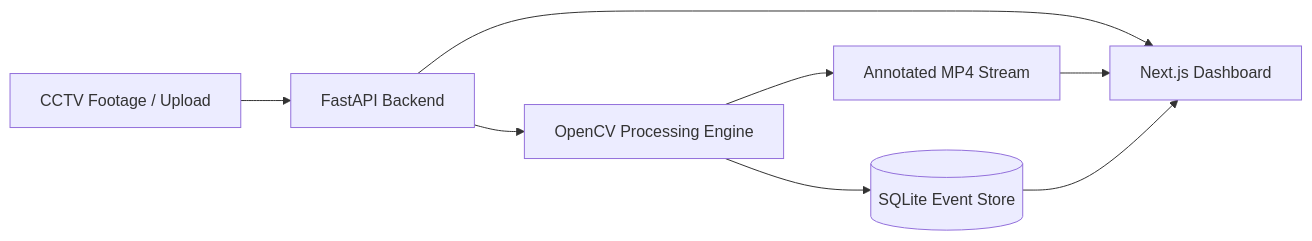
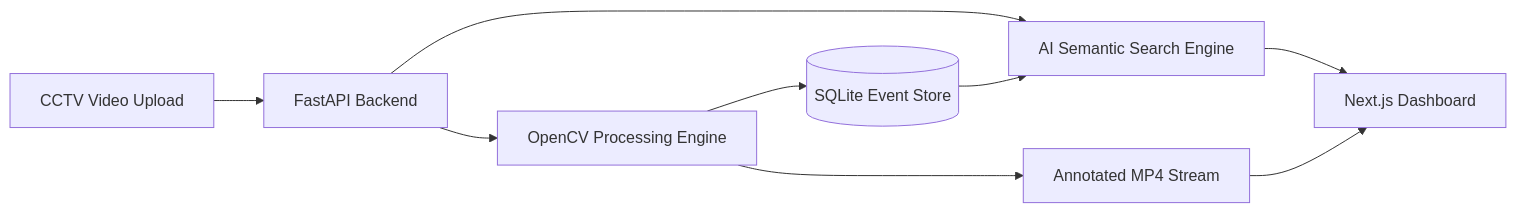
Before and after one commit to Vaishnavi-khatri2005/retail-cctv-analytics: the diagram in README.md, drawn with Mermaid. The commit also changed other lines of this file and 10 other files, not shown here.

Commit message:
Add multi-page Next.js modules (/search, /alerts, /cameras, /settings) with interactive CCTV dataset

````diff
--- a/README.md
+++ b/README.md
@@ -36,10 +37,11 @@
 ```mermaid
 graph LR
-    A[CCTV Footage / Upload] --> B[FastAPI Backend]
+    A[CCTV Video Upload] --> B[FastAPI Backend]
     B --> C[OpenCV Processing Engine]
-    C --> D[(SQLite Event Store)]
-    C --> E[Annotated MP4 Stream]
-    B --> F[Next.js Dashboard]
-    E --> F
-    D --> F
+    B --> D[AI Semantic Search Engine]
+    C --> E[(SQLite Event Store)]
+    C --> F[Annotated MP4 Stream]
+    E --> D
+    D --> G[Next.js Dashboard]
+    F --> G
 ```
````
